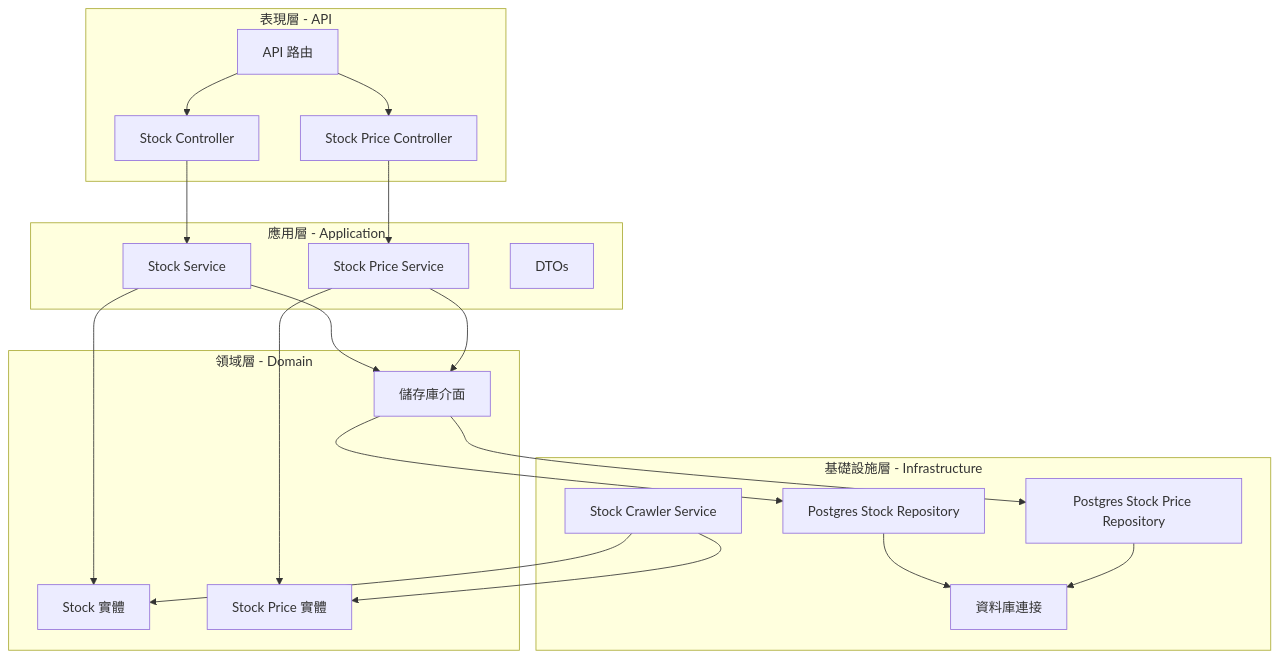
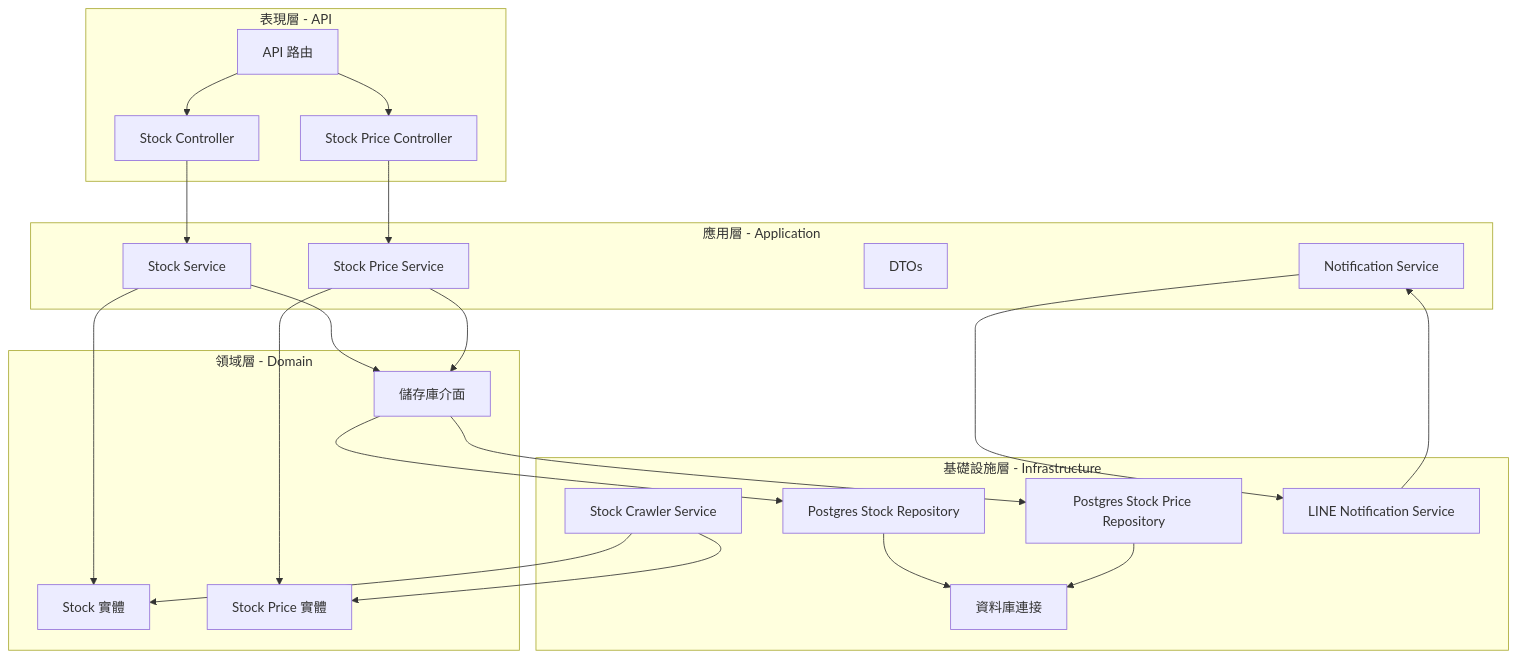
The second of 4 diagrams in README.md (atomjay/taiwan-stocks-crawler), drawn with Mermaid before and after one commit. The commit also changed other lines of this file, not shown here.

````diff
--- a/README.md
+++ b/README.md
@@ -105,45 +120,49 @@
 ```mermaid
 flowchart TB
     subgraph 表現層 - API
         A1[Stock Controller]
         A2[Stock Price Controller]
         A3[API 路由]
     end
     
     subgraph 應用層 - Application
         B1[Stock Service]
         B2[Stock Price Service]
         B3[DTOs]
+        B4[Notification Service]
     end
     
     subgraph 領域層 - Domain
         C1[Stock 實體]
         C2[Stock Price 實體]
         C3[儲存庫介面]
     end
     
     subgraph 基礎設施層 - Infrastructure
         D1[Stock Crawler Service]
         D2[Postgres Stock Repository]
         D3[Postgres Stock Price Repository]
         D4[資料庫連接]
+        D5[LINE Notification Service]
     end
     
     A1 --> B1
     A2 --> B2
     A3 --> A1
     A3 --> A2
     
     B1 --> C1
     B1 --> C3
     B2 --> C2
     B2 --> C3
+    B4 --> D5
     
     C3 --> D2
     C3 --> D3
     
     D1 --> C1
     D1 --> C2
     D2 --> D4
     D3 --> D4
+    D5 --> B4
 ```
````
